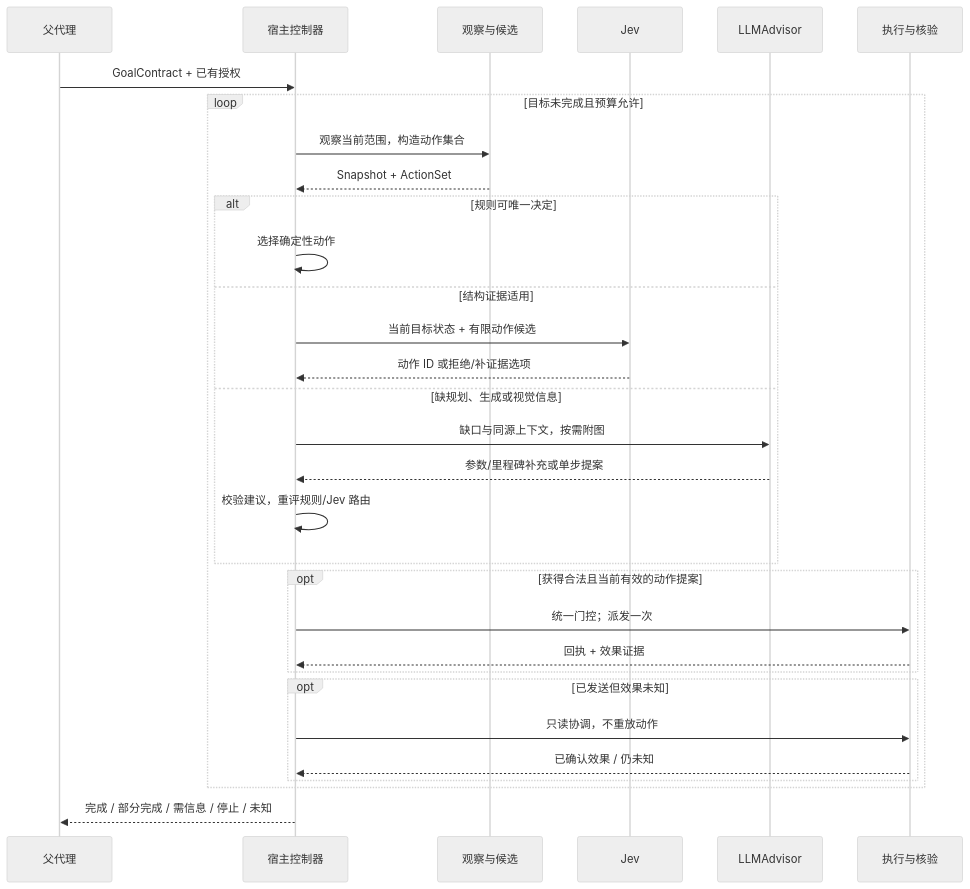
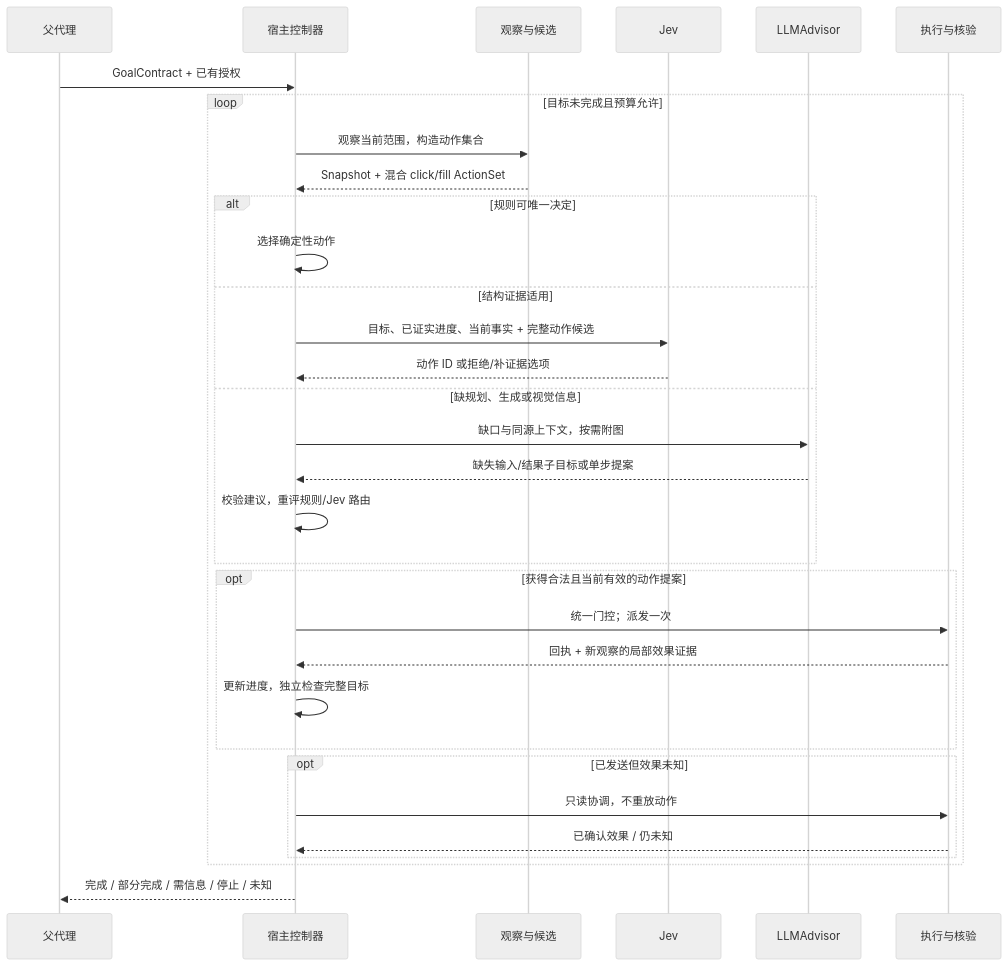
One commit to zbcjackson/tank changed the fourth of 5 diagrams in docs/plans/active/computer-use-strategy-ladder.md. Above: the diagram before and after it, drawn with Mermaid (neutral theme). The commit also changed other lines of this file and 1 other file, not shown here.

Commit message:
:memo: Design goal-driven UI action selection

````diff
--- a/docs/plans/active/computer-use-strategy-ladder.md
+++ b/docs/plans/active/computer-use-strategy-ladder.md
@@ -740,33 +801,34 @@
 ```mermaid
 sequenceDiagram
     participant P as 父代理
     participant C as 宿主控制器
     participant O as 观察与候选
     participant J as Jev
     participant L as LLMAdvisor
     participant E as 执行与核验
     P->>C: GoalContract + 已有授权
     loop 目标未完成且预算允许
         C->>O: 观察当前范围，构造动作集合
-        O-->>C: Snapshot + ActionSet
+        O-->>C: Snapshot + 混合 click/fill ActionSet
         alt 规则可唯一决定
             C->>C: 选择确定性动作
         else 结构证据适用
-            C->>J: 当前目标状态 + 有限动作候选
+            C->>J: 目标、已证实进度、当前事实 + 完整动作候选
             J-->>C: 动作 ID 或拒绝/补证据选项
         else 缺规划、生成或视觉信息
             C->>L: 缺口与同源上下文，按需附图
-            L-->>C: 参数/里程碑补充或单步提案
+            L-->>C: 缺失输入/结果子目标或单步提案
             C->>C: 校验建议，重评规则/Jev 路由
         end
         opt 获得合法且当前有效的动作提案
             C->>E: 统一门控；派发一次
-            E-->>C: 回执 + 效果证据
+            E-->>C: 回执 + 新观察的局部效果证据
+            C->>C: 更新进度，独立检查完整目标
         end
         opt 已发送但效果未知
             C->>E: 只读协调，不重放动作
             E-->>C: 已确认效果 / 仍未知
         end
     end
     C-->>P: 完成 / 部分完成 / 需信息 / 停止 / 未知
 ```
````
